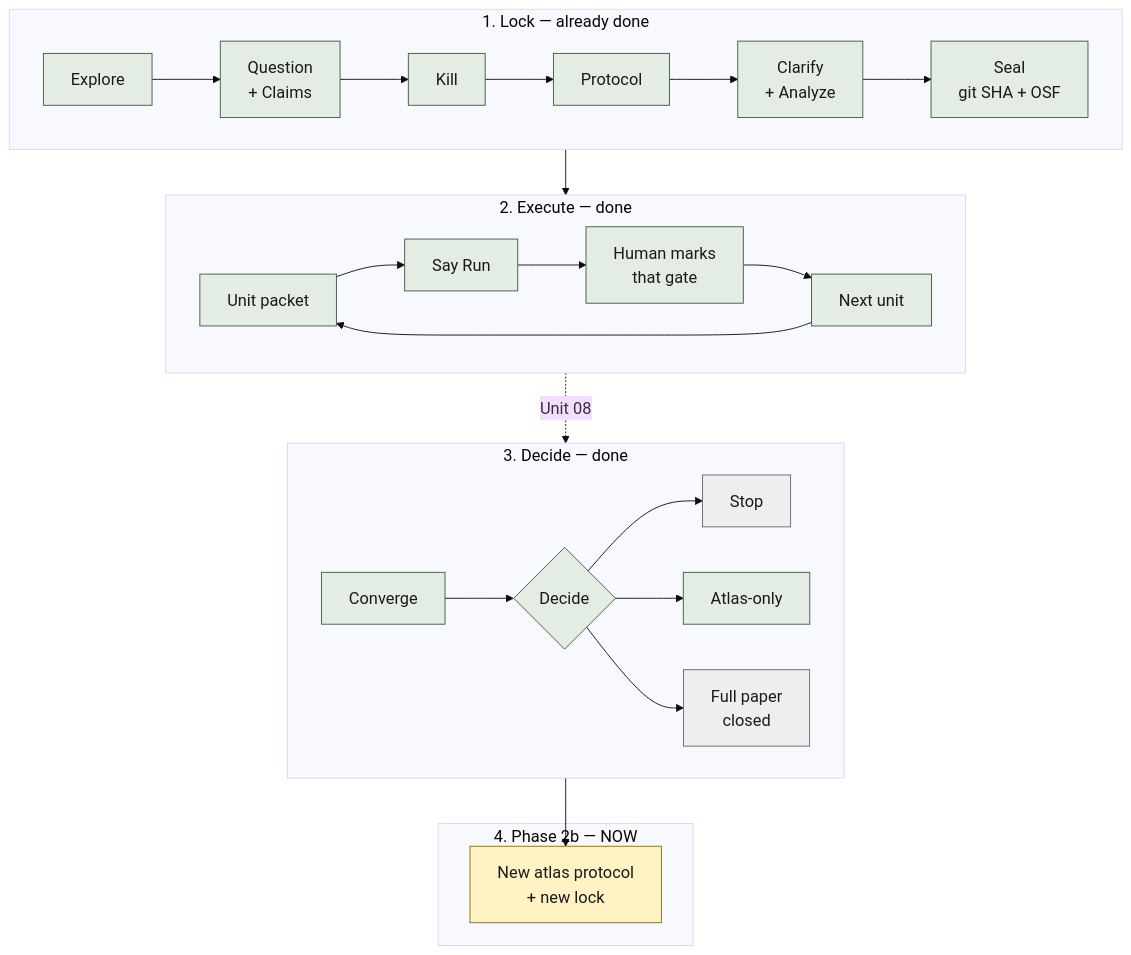
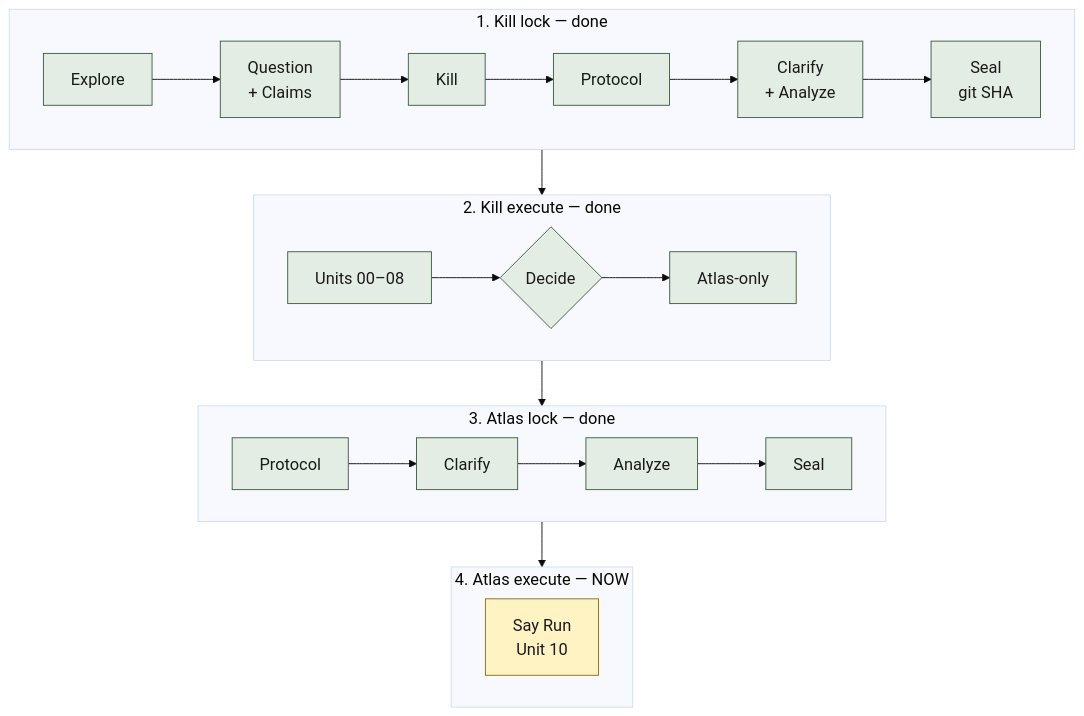
The diagram in docs/diagrams/seal-loop.mmd (cauld/scendo), drawn with Mermaid before and after one commit. The commit also changed 18 other files, not shown here.

First line of the commit message:
Seal atlas protocol: named-state map plus frozen ICI-negative chapter.

```diff
--- a/docs/diagrams/seal-loop.mmd
+++ b/docs/diagrams/seal-loop.mmd
@@ -1,41 +1,37 @@
 %%{init: {"theme": "base", "themeVariables": {"fontSize": "18px", "fontFamily": "Helvetica, Arial, sans-serif"}} }%%
 flowchart TB
-  subgraph lock["1. Lock — already done"]
+  subgraph lock["1. Kill lock — done"]
     direction LR
     E[Explore] --> Q[Question<br/>+ Claims]
     Q --> K[Kill]
     K --> P[Protocol]
     P --> CA[Clarify<br/>+ Analyze]
-    CA --> S[Seal<br/>git SHA + OSF]
+    CA --> S[Seal<br/>git SHA]
   end
 
-  subgraph exec["2. Execute — done"]
+  subgraph exec["2. Kill execute — done"]
     direction LR
-    U[Unit packet] --> R[Say Run]
-    R --> H[Human marks<br/>that gate]
-    H --> N[Next unit]
-    N --> U
+    U[Units 00–08] --> D{Decide}
+    D --> AT[Atlas-only]
   end
 
-  subgraph decide["3. Decide — done"]
+  subgraph atlas["3. Atlas lock — done"]
     direction LR
-    CV[Converge] --> D{Decide}
-    D --> ST[Stop]
-    D --> AT[Atlas-only]
-    D --> FP[Full paper<br/>closed]
+    AP[Protocol] --> CL[Clarify]
+    CL --> AA[Analyze]
+    AA --> AS[Seal]
   end
 
-  subgraph atlas["4. Phase 2b — NOW"]
-    NP["New atlas protocol<br/>+ new lock"]
+  subgraph run["4. Atlas execute — NOW"]
+    direction LR
+    R["Say Run<br/>Unit 10"]
   end
 
   S --> U
-  H -.->|Unit 08| CV
-  AT --> NP
+  AT --> AP
+  AS --> R
 
   classDef done fill:#E4EDE4,stroke:#3D5A3D,color:#1A1A1A
   classDef now fill:#FFF3C4,stroke:#8A6D00,color:#1A1A1A
-  classDef later fill:#EEEEEE,stroke:#666666,color:#1A1A1A
-  class E,Q,K,P,CA,S,U,R,H,N,CV,D,AT done
-  class NP now
-  class ST,FP later
+  class E,Q,K,P,CA,S,U,D,AT,AP,CL,AA,AS done
+  class R now
```
